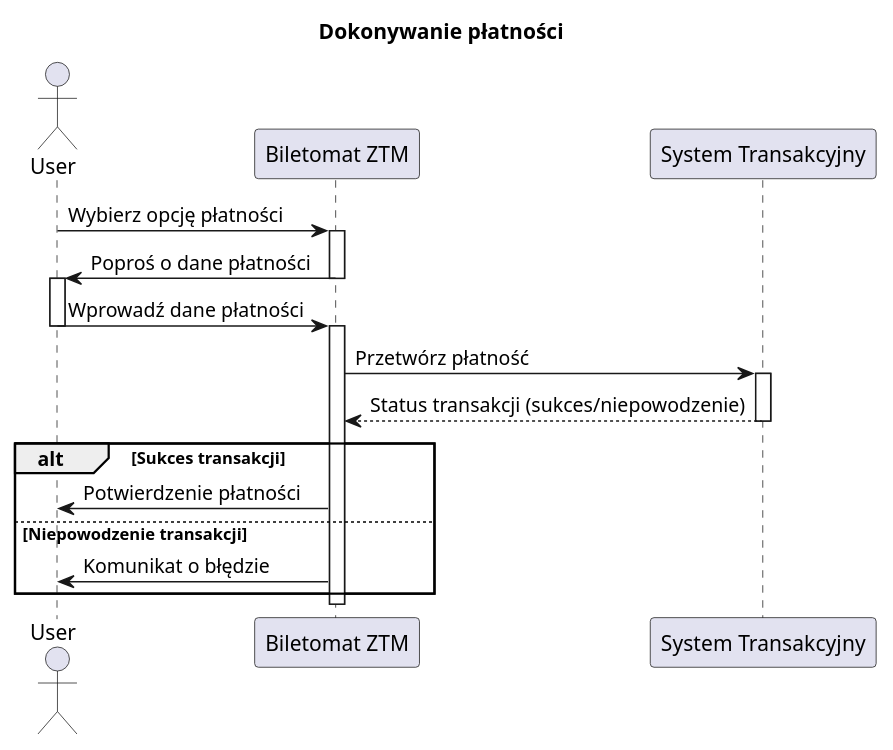
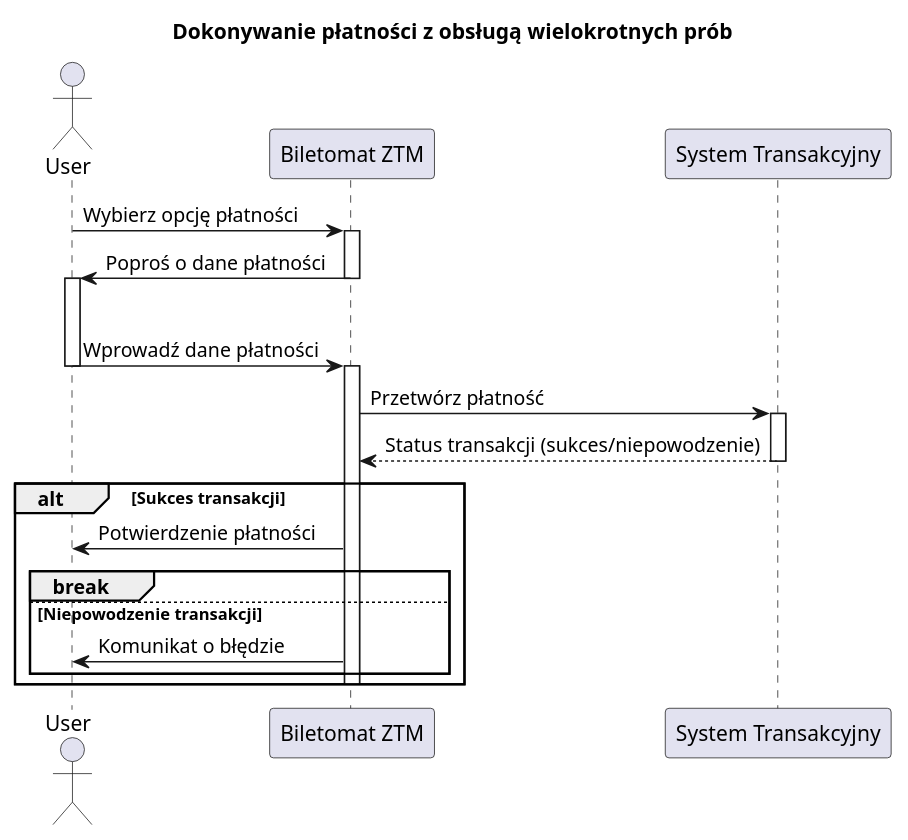
The second of 3 diagrams in Administrator-sequence.md (kamildobkowski/MWO), drawn with PlantUML before and after one commit.

```diff
--- a/Administrator-sequence.md
+++ b/Administrator-sequence.md
@@ -40,32 +40,35 @@
 @startuml
-title Dokonywanie płatności
+title Dokonywanie płatności z obsługą wielokrotnych prób
 
 actor User
 
 participant "Biletomat ZTM" as Biletomat
 participant "System Transakcyjny" as Transakcyjny
 
 User -> Biletomat: Wybierz opcję płatności
 activate Biletomat
 
 Biletomat -> User: Poproś o dane płatności
 deactivate Biletomat
 
-activate User
-User -> Biletomat: Wprowadź dane płatności
-deactivate User
+loop Do wprowadzenia danych płatności
+    activate User
+    User -> Biletomat: Wprowadź dane płatności
+    deactivate User
 
-activate Biletomat
-Biletomat -> Transakcyjny: Przetwórz płatność
-activate Transakcyjny
+    activate Biletomat
+    Biletomat -> Transakcyjny: Przetwórz płatność
+    activate Transakcyjny
 
-Transakcyjny --> Biletomat: Status transakcji (sukces/niepowodzenie)
-deactivate Transakcyjny
+    Transakcyjny --> Biletomat: Status transakcji (sukces/niepowodzenie)
+    deactivate Transakcyjny
 
-alt Sukces transakcji
-    Biletomat -> User: Potwierdzenie płatności
-else Niepowodzenie transakcji
-    Biletomat -> User: Komunikat o błędzie
+    alt Sukces transakcji
+        Biletomat -> User: Potwierdzenie płatności
+        break
+    else Niepowodzenie transakcji
+        Biletomat -> User: Komunikat o błędzie
+    end
+    deactivate Biletomat
 end
-deactivate Biletomat
 @enduml
```
